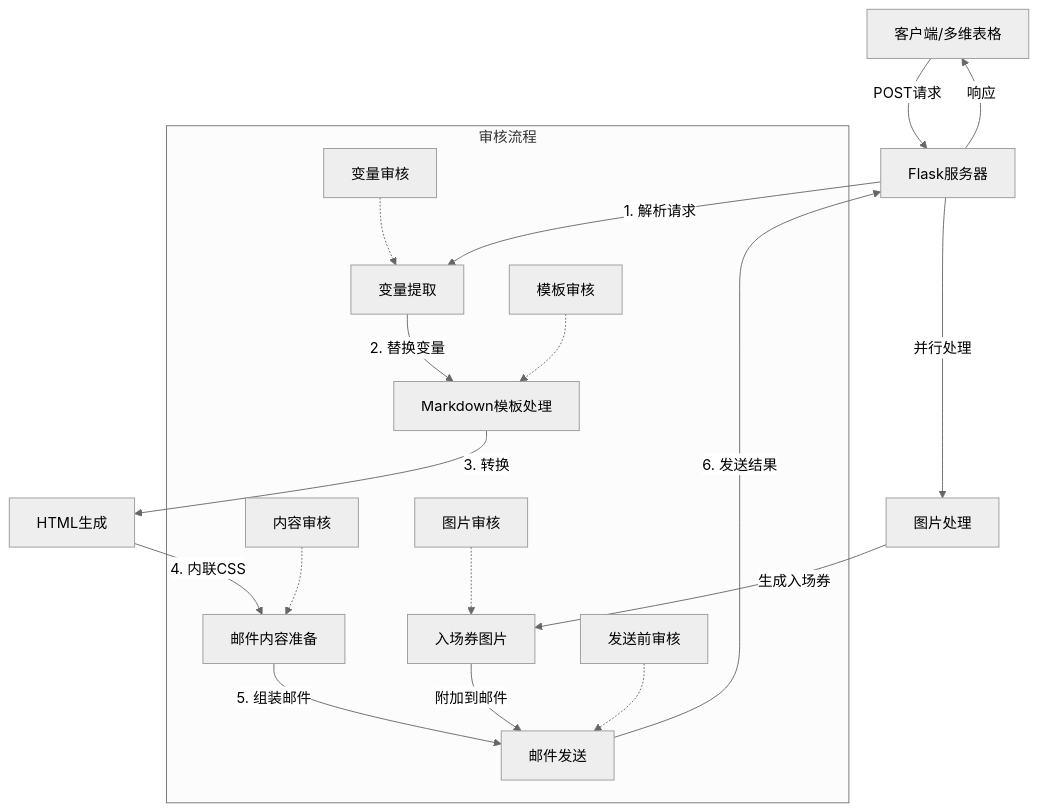
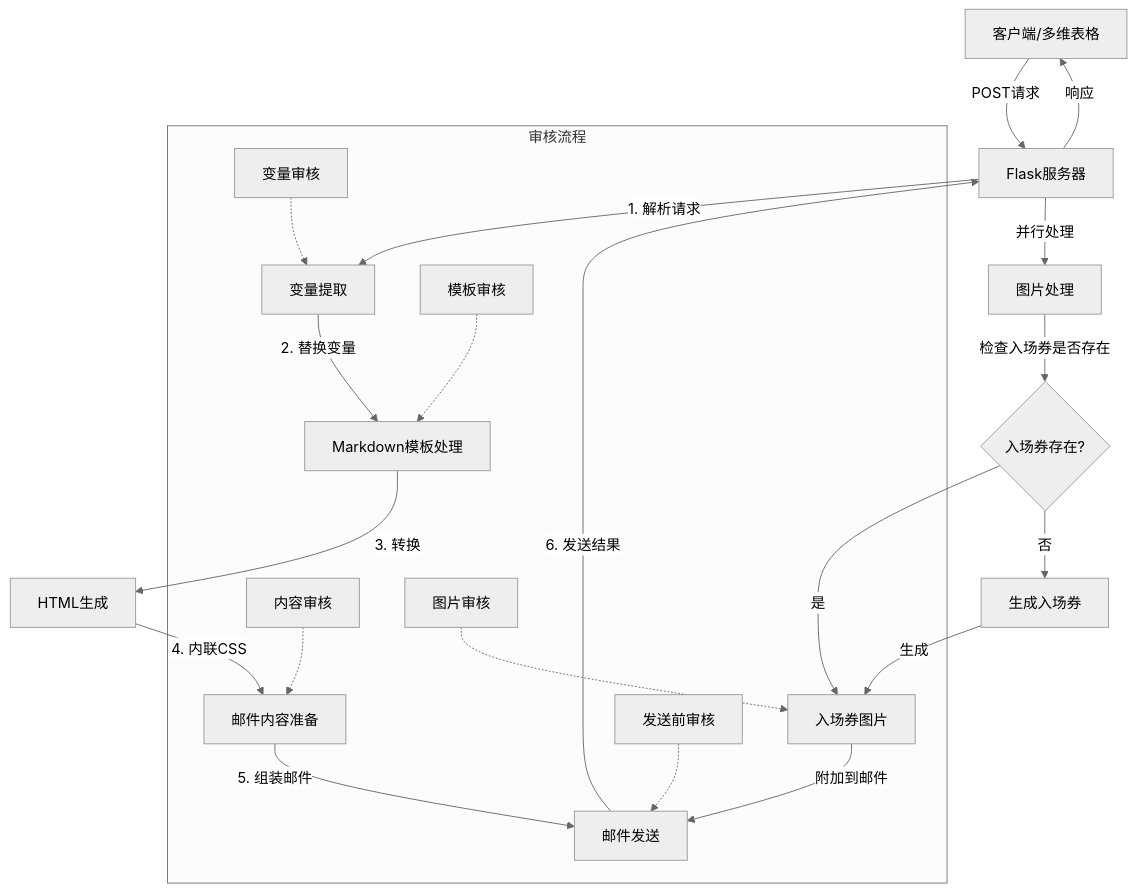
One commit to wonderland-club/markdown-to-mail changed the diagram in README.md. Above: the diagram before and after it, drawn with Mermaid (neutral theme). The commit also changed other lines of this file, not shown here.

````diff
--- a/README.md
+++ b/README.md
@@ -9,25 +9,28 @@
 ```mermaid
 graph TD
     A[客户端/多维表格] -->|POST请求| B[Flask服务器]
     B -->|1. 解析请求| C[变量提取]
     C -->|2. 替换变量| D[Markdown模板处理]
     D -->|3. 转换| E[HTML生成]
     E -->|4. 内联CSS| F[邮件内容准备]
     
     B -->|并行处理| G[图片处理]
-    G -->|生成入场券| H[入场券图片]
+    G -->|检查入场券是否存在| G1{入场券存在?}
+    G1 -->|否| G2[生成入场券]
+    G2 -->|生成| H[入场券图片]
+    G1 -->|是| H
     
     F -->|5. 组装邮件| I[邮件发送]
     H -->|附加到邮件| I
     
     I -->|6. 发送结果| B
     B -->|响应| A
     
     subgraph 审核流程
         C1[变量审核] -.-> C
         D1[模板审核] -.-> D
         E1[内容审核] -.-> F
-        G1[图片审核] -.-> H
+        G3[图片审核] -.-> H
         I1[发送前审核] -.-> I
     end
 ```
````
